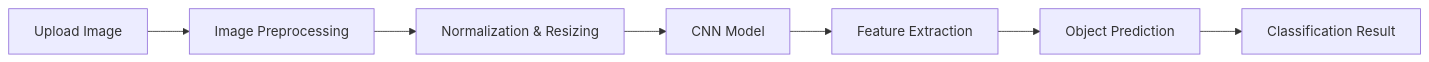
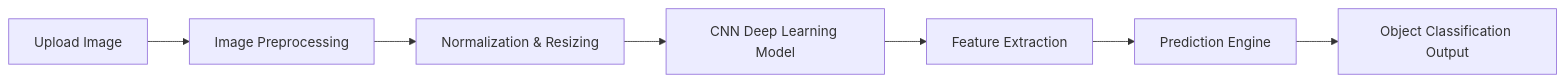
One commit to Ajay-hb/Object-Recognition-in-Images changed the diagram in README.md. Above: the diagram before and after it, drawn with Mermaid. The commit also changed other lines of this file, not shown here.

````diff
--- a/README.md
+++ b/README.md
@@ -55,9 +81,9 @@
 ```mermaid
 graph LR
 A[Upload Image] --> B[Image Preprocessing]
 B --> C[Normalization & Resizing]
-C --> D[CNN Model]
+C --> D[CNN Deep Learning Model]
 D --> E[Feature Extraction]
-E --> F[Object Prediction]
-F --> G[Classification Result]
+E --> F[Prediction Engine]
+F --> G[Object Classification Output]
 ```
````
